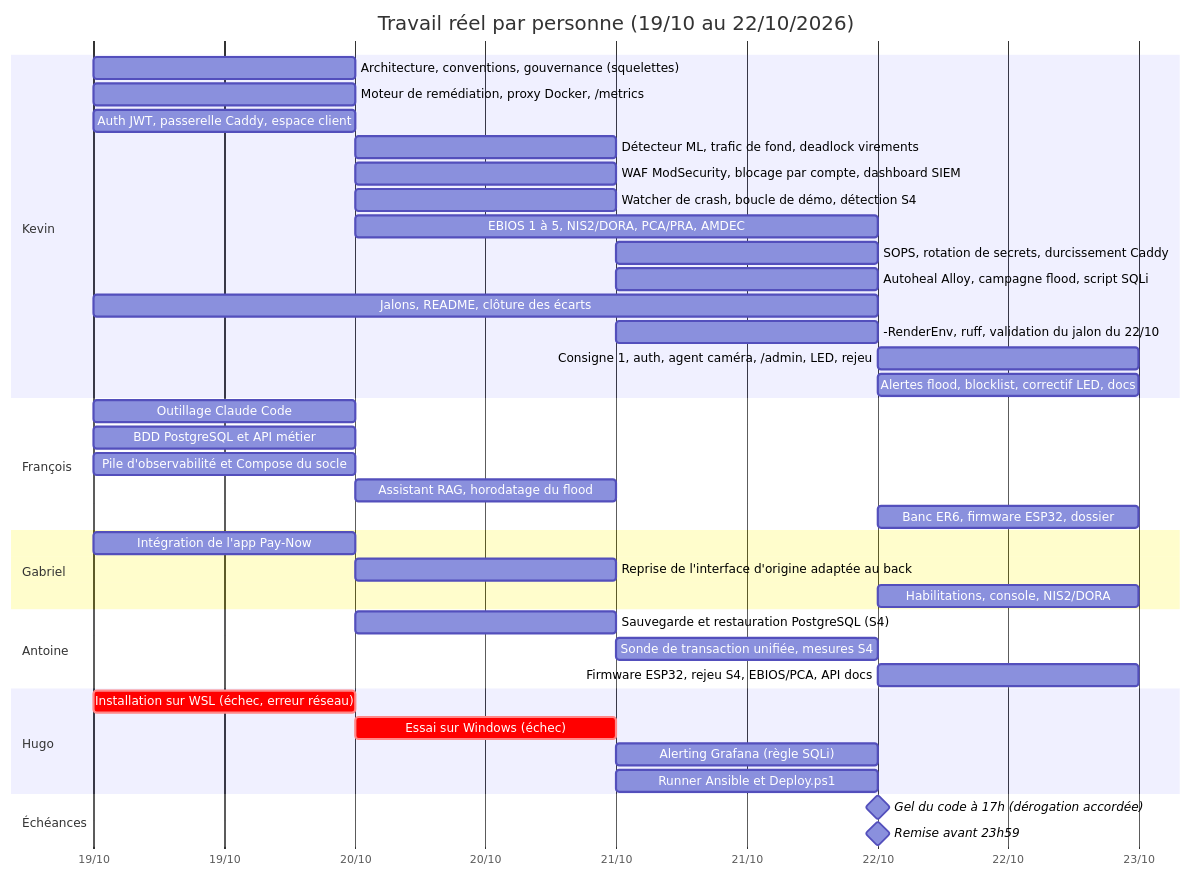
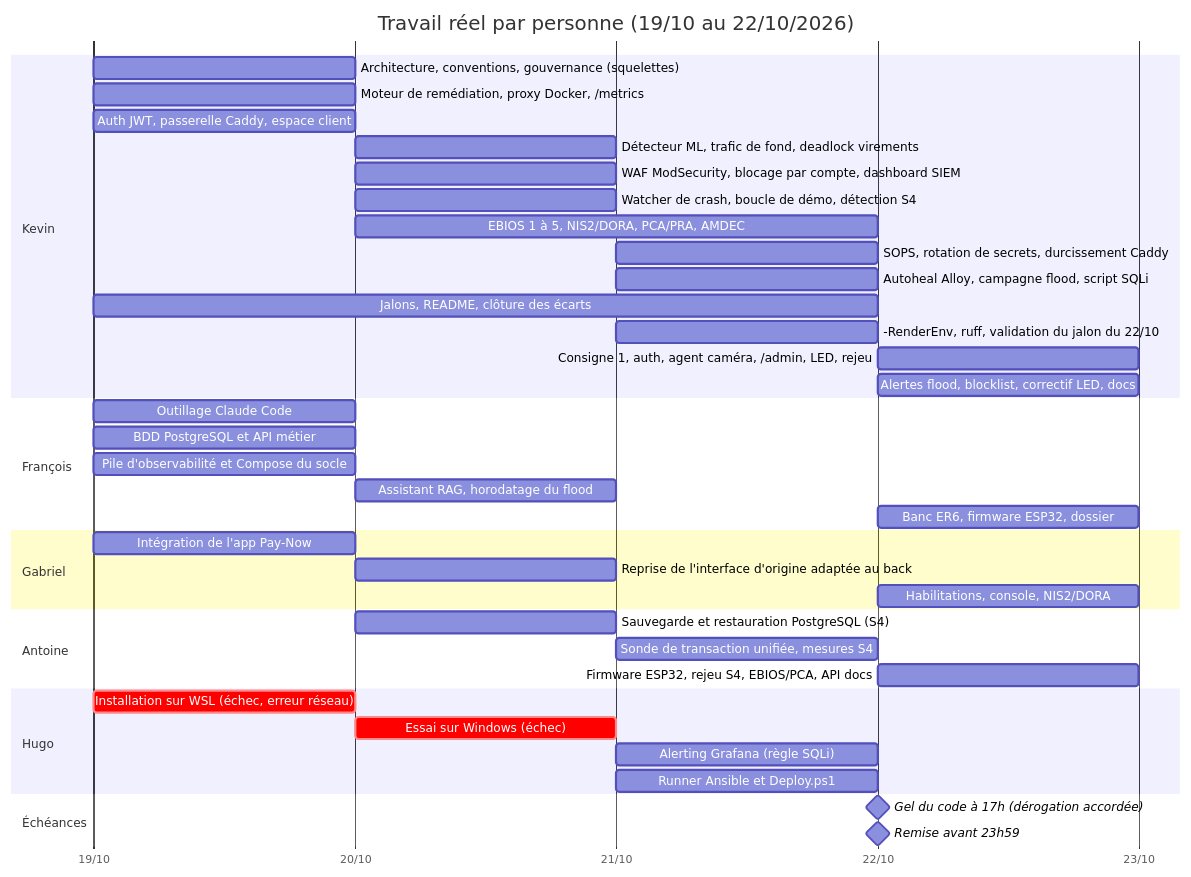
The diagram in docs/repartition-reelle.md (GabYan876/Resilience-Alpha), drawn with Mermaid before and after one commit. The commit also changed 1 other file, not shown here.

Commit message:
docs: corriger l'axe du Gantt (une date par jour) et raccourcir un libellé (#114)

````diff
--- a/docs/repartition-reelle.md
+++ b/docs/repartition-reelle.md
@@ -78,49 +78,50 @@
 ```mermaid
 gantt
     title Travail réel par personne (19/10 au 22/10/2026)
     dateFormat YYYY-MM-DD
     axisFormat %d/%m
+    tickInterval 1day
     todayMarker off
 
     section Kevin
     Architecture, conventions, gouvernance (squelettes)  :k1, 2026-10-19, 1d
     Moteur de remédiation, proxy Docker, /metrics        :k2, 2026-10-19, 1d
     Auth JWT, passerelle Caddy, espace client            :k3, 2026-10-19, 1d
     Détecteur ML, trafic de fond, deadlock virements     :k4, 2026-10-20, 1d
     WAF ModSecurity, blocage par compte, dashboard SIEM  :k5, 2026-10-20, 1d
     Watcher de crash, boucle de démo, détection S4       :k6, 2026-10-20, 1d
     EBIOS 1 à 5, NIS2/DORA, PCA/PRA, AMDEC               :k7, 2026-10-20, 2d
     SOPS, rotation de secrets, durcissement Caddy        :k8, 2026-10-21, 1d
     Autoheal Alloy, campagne flood, script SQLi          :k9, 2026-10-21, 1d
     Jalons, README, clôture des écarts                   :k10, 2026-10-19, 3d
     -RenderEnv, ruff, validation du jalon du 22/10       :k11, 2026-10-21, 1d
     Consigne 1, auth, agent caméra, /admin, LED, rejeu :k12, 2026-10-22, 1d
     Alertes flood, blocklist, correctif LED, docs        :k13, 2026-10-22, 1d
 
     section François
     Outillage Claude Code                                :f1, 2026-10-19, 1d
     BDD PostgreSQL et API métier                         :f2, 2026-10-19, 1d
     Pile d'observabilité et Compose du socle             :f3, 2026-10-19, 1d
     Assistant RAG, horodatage du flood                   :f4, 2026-10-20, 1d
     Banc ER6, firmware ESP32, dossier                    :f5, 2026-10-22, 1d
 
     section Gabriel
     Intégration de l'app Pay-Now                         :g1, 2026-10-19, 1d
     Reprise de l'interface d'origine adaptée au back     :g2, 2026-10-20, 1d
     Habilitations, console, NIS2/DORA                    :g3, 2026-10-22, 1d
 
     section Antoine
     Sauvegarde et restauration PostgreSQL (S4)           :a1, 2026-10-20, 1d
     Sonde de transaction unifiée, mesures S4             :a2, 2026-10-21, 1d
     Firmware ESP32, rejeu S4, EBIOS/PCA, API docs        :a3, 2026-10-22, 1d
 
     section Hugo
     Installation sur WSL (échec, erreur réseau)          :crit, h0, 2026-10-19, 1d
     Essai sur Windows (échec)                            :crit, h0b, 2026-10-20, 1d
     Alerting Grafana (règle SQLi)                        :h1, 2026-10-21, 1d
     Runner Ansible et Deploy.ps1                         :h2, 2026-10-21, 1d
 
     section Échéances
     Gel du code à 17h (dérogation accordée)              :milestone, m1, 2026-10-22, 0d
     Remise avant 23h59                                   :milestone, m2, 2026-10-22, 0d
 ```
````
